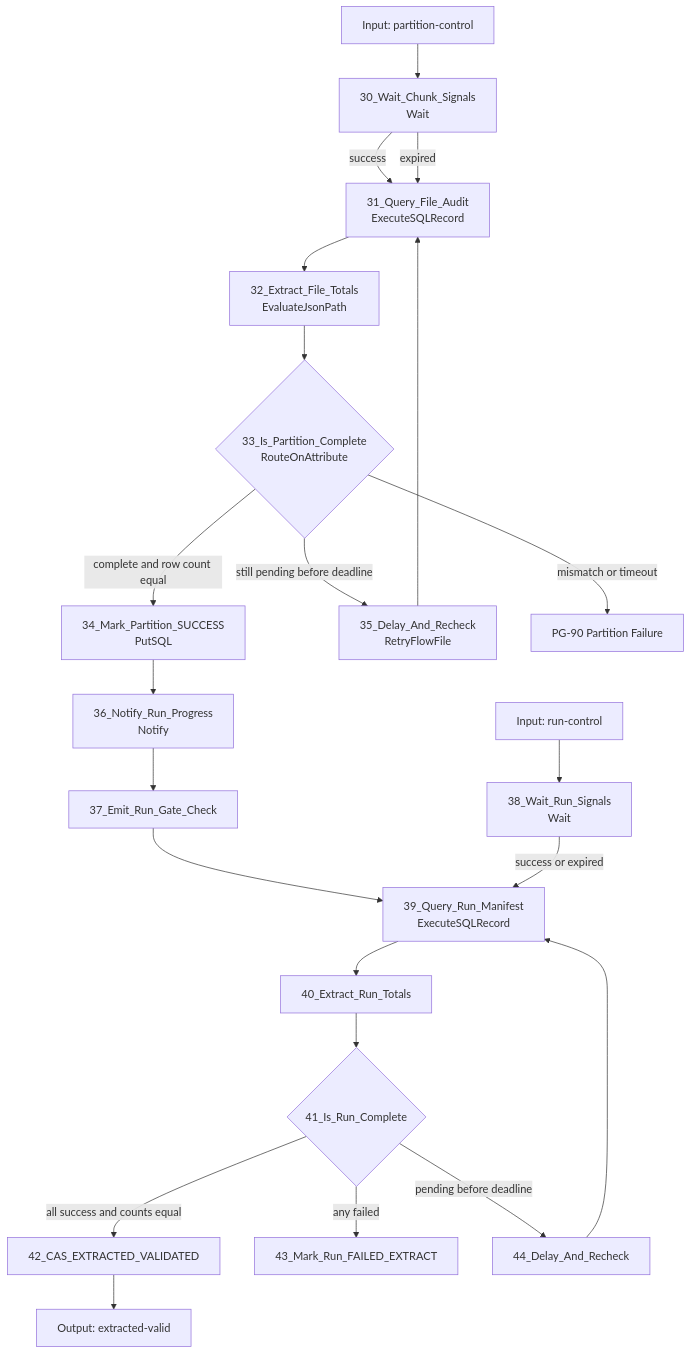
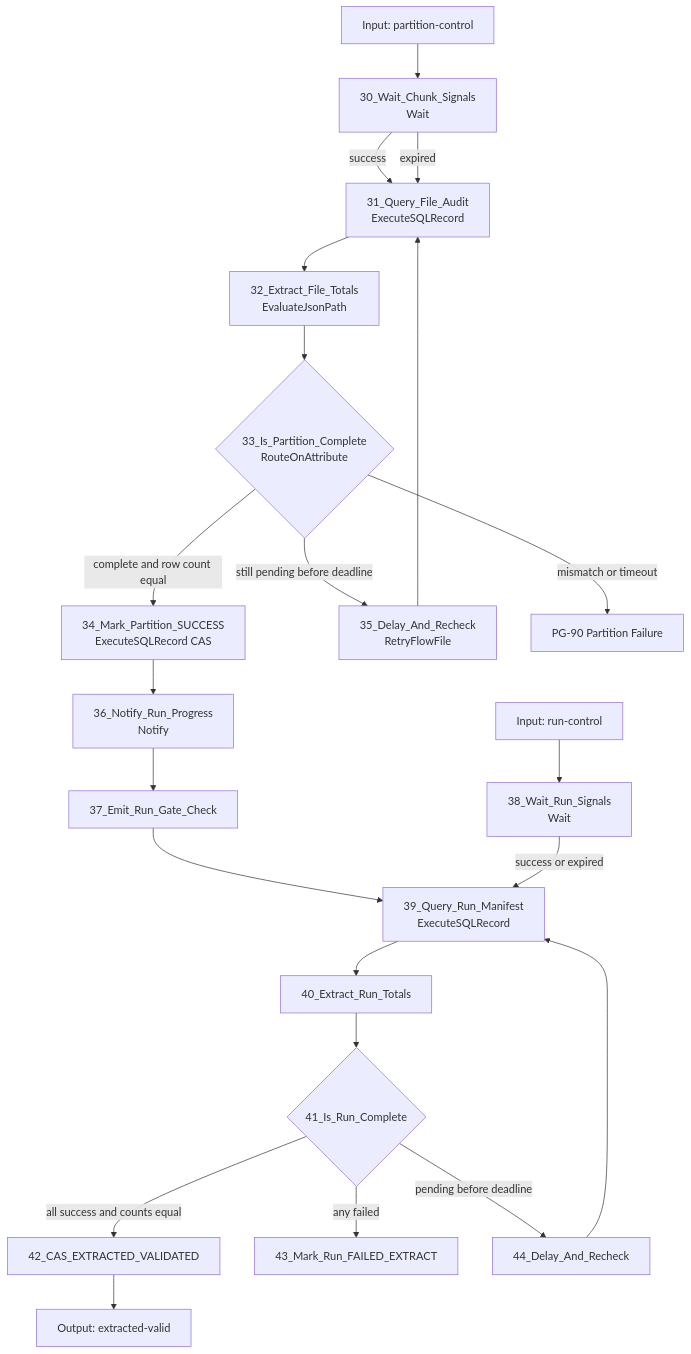
The seventh of 13 diagrams in nifi-sqoop-removal-guide.md (DataDynamics/nifi-sqoop-removal), drawn with Mermaid before and after one commit. The commit also changed other lines of this file and 3 other files, not shown here.

````diff
--- a/nifi-sqoop-removal-guide.md
+++ b/nifi-sqoop-removal-guide.md
@@ -1002,25 +1035,25 @@
 ```mermaid
 flowchart TD
     PC[Input: partition-control] --> W[30_Wait_Chunk_Signals<br/>Wait]
     W -->|success| Q[31_Query_File_Audit<br/>ExecuteSQLRecord]
     W -->|expired| Q
     Q --> E[32_Extract_File_Totals<br/>EvaluateJsonPath]
     E --> R{33_Is_Partition_Complete<br/>RouteOnAttribute}
-    R -->|complete and row count equal| S[34_Mark_Partition_SUCCESS<br/>PutSQL]
+    R -->|complete and row count equal| S[34_Mark_Partition_SUCCESS<br/>ExecuteSQLRecord CAS]
     R -->|still pending before deadline| D[35_Delay_And_Recheck<br/>RetryFlowFile]
     D --> Q
     R -->|mismatch or timeout| F[PG-90 Partition Failure]
     S --> N[36_Notify_Run_Progress<br/>Notify]
     N --> RG[37_Emit_Run_Gate_Check]
 
     RC[Input: run-control] --> RW[38_Wait_Run_Signals<br/>Wait]
     RG --> RQ[39_Query_Run_Manifest<br/>ExecuteSQLRecord]
     RW -->|success or expired| RQ
     RQ --> RE[40_Extract_Run_Totals]
     RE --> RR{41_Is_Run_Complete}
     RR -->|all success and counts equal| SU[42_CAS_EXTRACTED_VALIDATED]
     RR -->|any failed| RF[43_Mark_Run_FAILED_EXTRACT]
     RR -->|pending before deadline| RP[44_Delay_And_Recheck]
     RP --> RQ
     SU --> OUT[Output: extracted-valid]
 ```
````
